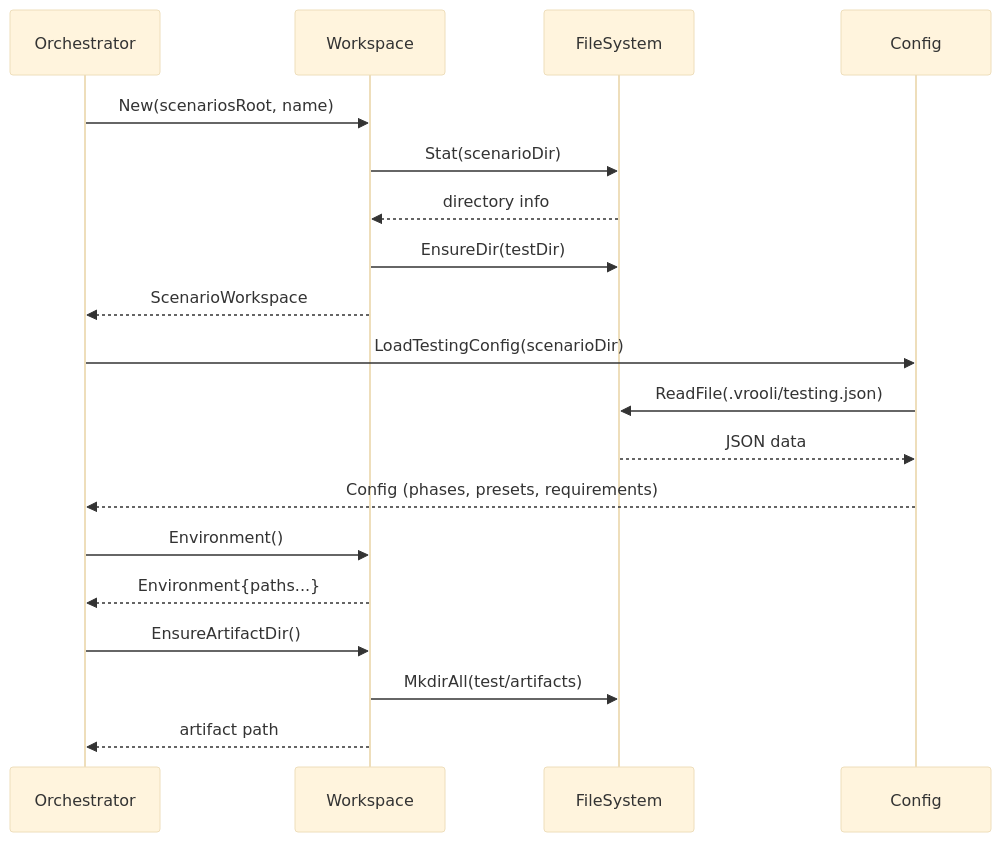
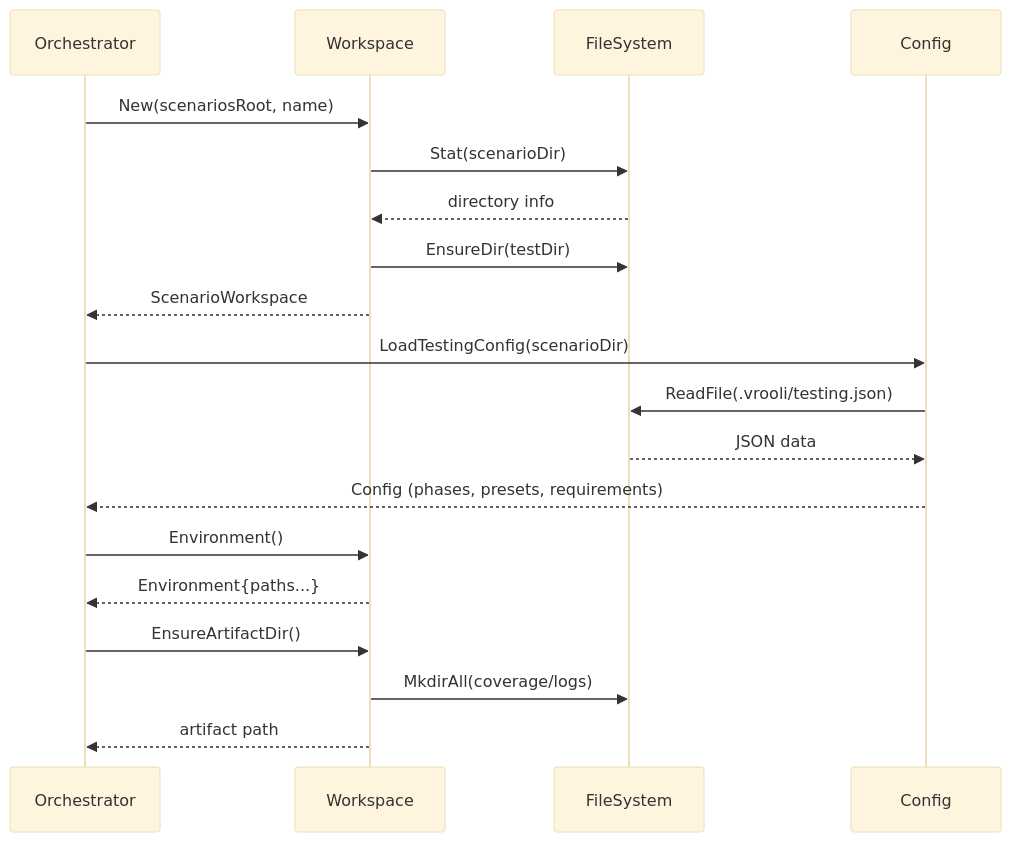
Before and after one commit to Vrooli/Vrooli: the second of 2 diagrams in scenarios/test-genie/api/internal/orchestrator/workspace/README.md, drawn with Mermaid (base theme). The commit also changed other lines of this file and 18 other files, not shown here.

````diff
--- a/scenarios/test-genie/api/internal/orchestrator/workspace/README.md
+++ b/scenarios/test-genie/api/internal/orchestrator/workspace/README.md
@@ -220,25 +220,25 @@
 ```mermaid
 sequenceDiagram
     participant O as Orchestrator
     participant W as Workspace
     participant FS as FileSystem
     participant C as Config
 
     O->>W: New(scenariosRoot, name)
     W->>FS: Stat(scenarioDir)
     FS-->>W: directory info
     W->>FS: EnsureDir(testDir)
     W-->>O: ScenarioWorkspace
 
     O->>C: LoadTestingConfig(scenarioDir)
     C->>FS: ReadFile(.vrooli/testing.json)
     FS-->>C: JSON data
     C-->>O: Config (phases, presets, requirements)
 
     O->>W: Environment()
     W-->>O: Environment{paths...}
 
     O->>W: EnsureArtifactDir()
-    W->>FS: MkdirAll(test/artifacts)
+    W->>FS: MkdirAll(coverage/logs)
     W-->>O: artifact path
 ```
````
